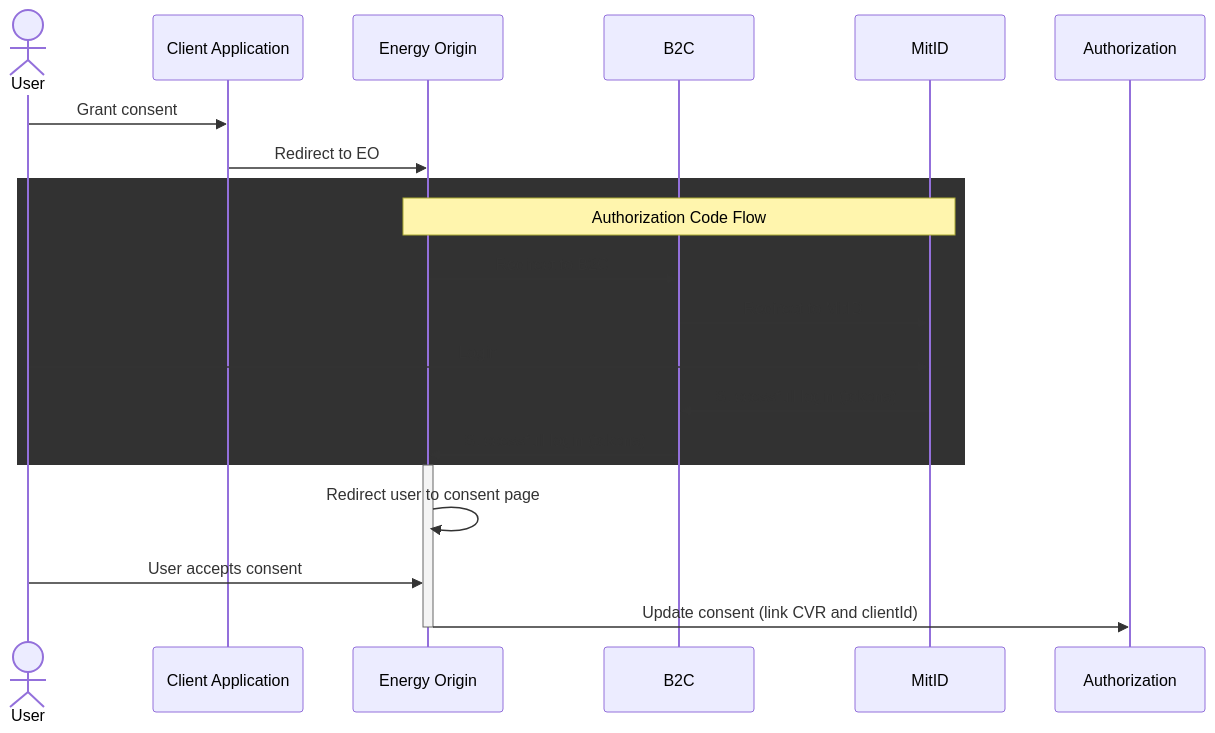
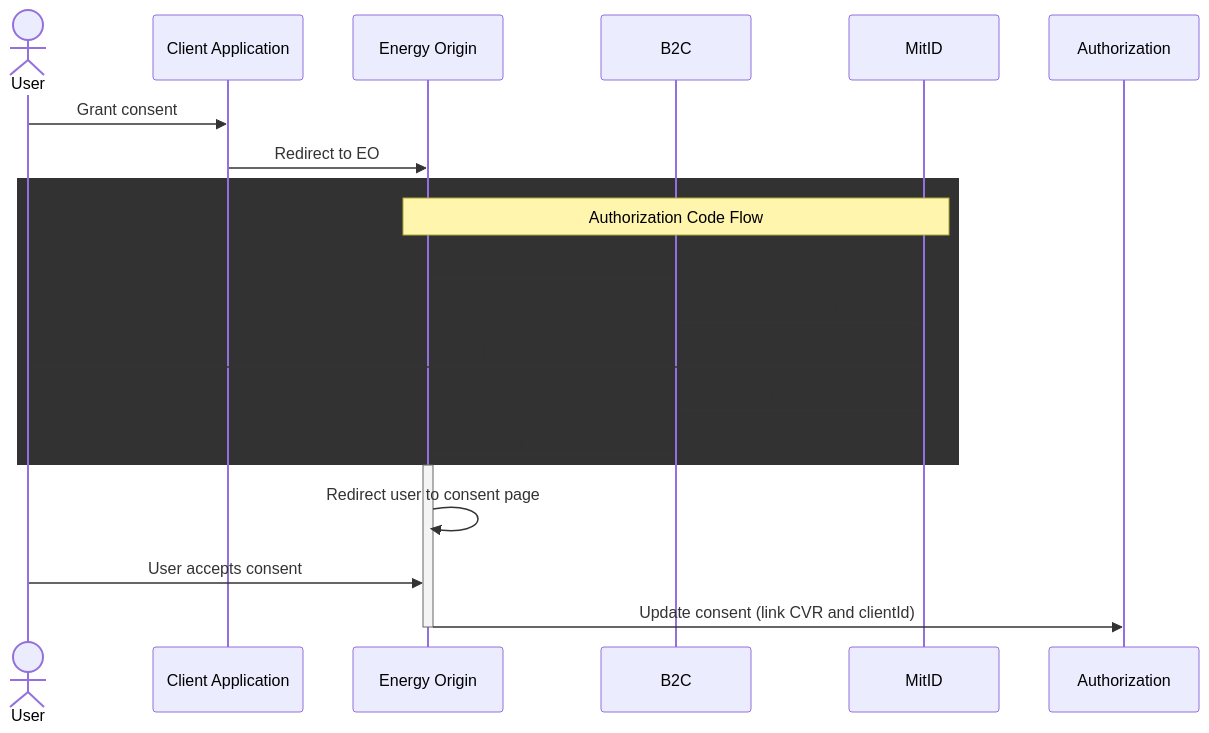
One commit to Energinet-DataHub/energy-origin changed the fourth of 8 diagrams in doc/architecture/domains/authorization.md. Above: the diagram before and after it, drawn with Mermaid. The commit also changed other lines of this file and 44 other files, not shown here.

````diff
--- a/doc/architecture/domains/authorization.md
+++ b/doc/architecture/domains/authorization.md
@@ -125,28 +122,28 @@
 ```mermaid
 sequenceDiagram
     actor User
     participant ClientApp as Client Application
     participant EO as Energy Origin
     participant B2C as B2C
     participant MitID as MitID
     participant Auth as Authorization
 
     User->>ClientApp: Grant consent
     ClientApp->>EO: Redirect to EO
 
     rect rgb(50, 50, 50)
         note over EO, MitID: Authorization Code Flow
         EO->>B2C: Redirect to B2C
         B2C->>MitID: Redirect to MitID
         User->>MitID: Login
-        MitID->>B2C: Successfull login (tokens)
-        B2C->>EO: Successfull login (tokens)
+        MitID->>B2C: Successful login (tokens)
+        B2C->>EO: Successful login (tokens)
     end
 
     activate EO
     EO->>EO: Redirect user to consent page
 
     User->>EO: User accepts consent
     EO->>Auth: Update consent (link CVR and clientId)
     deactivate EO
 ```
````
